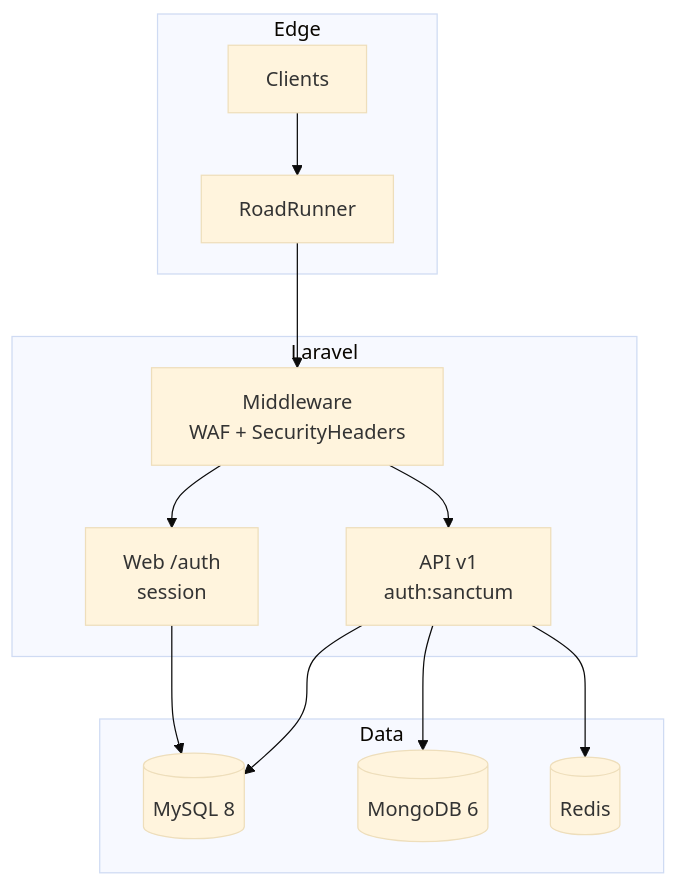
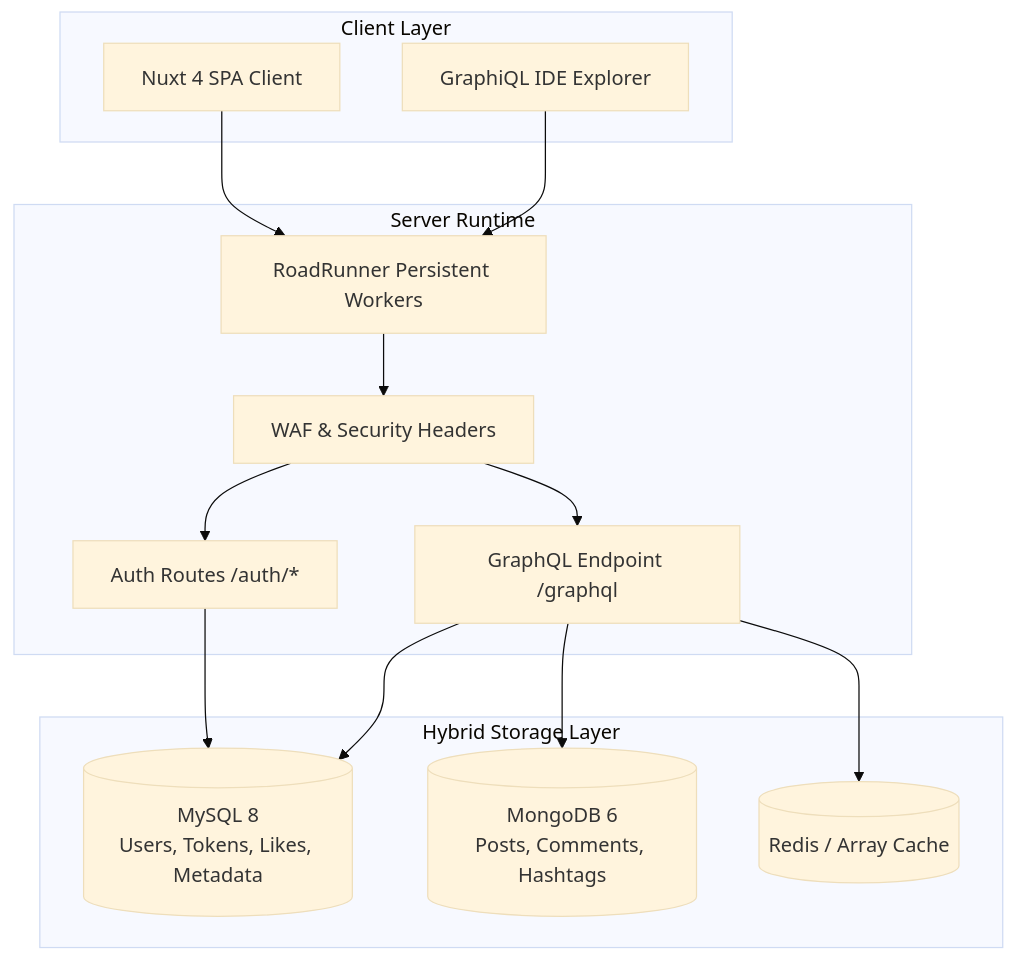
The second of 3 diagrams in docs/ARCHITECTURE.md (VenuxAK/Threads-API), drawn with Mermaid (base theme) before and after one commit. The commit also changed other lines of this file and 5 other files, not shown here.

First line of the commit message:
docs: update API docs, ARCHITECTURE, and create comprehensive GraphQL handbook

````diff
--- a/docs/ARCHITECTURE.md
+++ b/docs/ARCHITECTURE.md
@@ -31,24 +29,27 @@
 ```mermaid
 flowchart TB
-    subgraph Edge
-        C[Clients]
-        RR2[RoadRunner]
+    subgraph Client Layer
+        SPA[Nuxt 4 SPA Client]
+        GIQL[GraphiQL IDE Explorer]
     end
-    subgraph Laravel
-        MW2[Middleware<br/>WAF + SecurityHeaders]
-        API[API v1<br/>auth:sanctum]
-        WEB[Web /auth<br/>session]
+    subgraph Server Runtime
+        RR2[RoadRunner Persistent Workers]
+        MW2[WAF & Security Headers]
+        AUTH_RT[Auth Routes /auth/*]
+        GQL_RT[GraphQL Endpoint /graphql]
     end
-    subgraph Data
-        MySQL[(MySQL 8)]
-        Mongo[(MongoDB 6)]
-        Redis[(Redis)]
+    subgraph Hybrid Storage Layer
+        MySQL[(MySQL 8<br/>Users, Tokens, Likes, Metadata)]
+        Mongo[(MongoDB 6<br/>Posts, Comments, Hashtags)]
+        Cache[(Redis / Array Cache)]
     end
-    C --> RR2 --> MW2
-    MW2 --> API
-    MW2 --> WEB
-    API --> MySQL
-    API --> Mongo
-    API --> Redis
-    WEB --> MySQL
+    SPA --> RR2
+    GIQL --> RR2
+    RR2 --> MW2
+    MW2 --> AUTH_RT
+    MW2 --> GQL_RT
+    AUTH_RT --> MySQL
+    GQL_RT --> MySQL
+    GQL_RT --> Mongo
+    GQL_RT --> Cache
 ```
````
